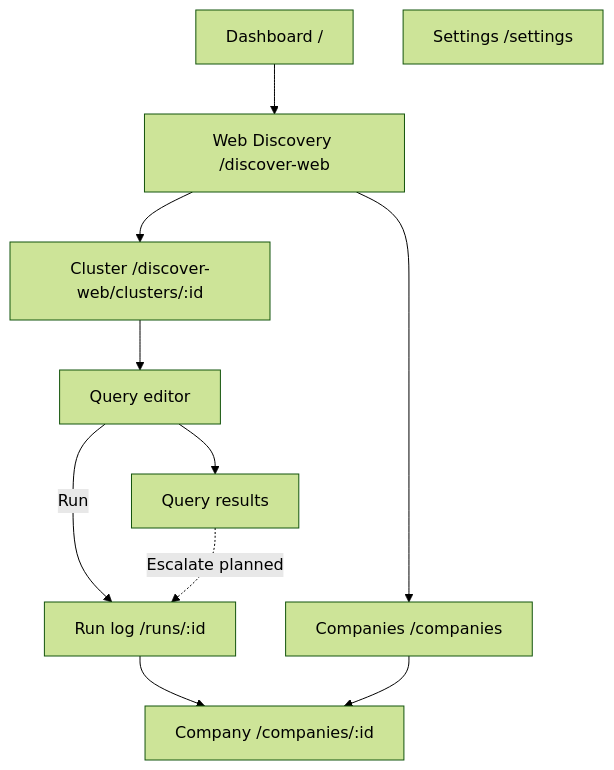
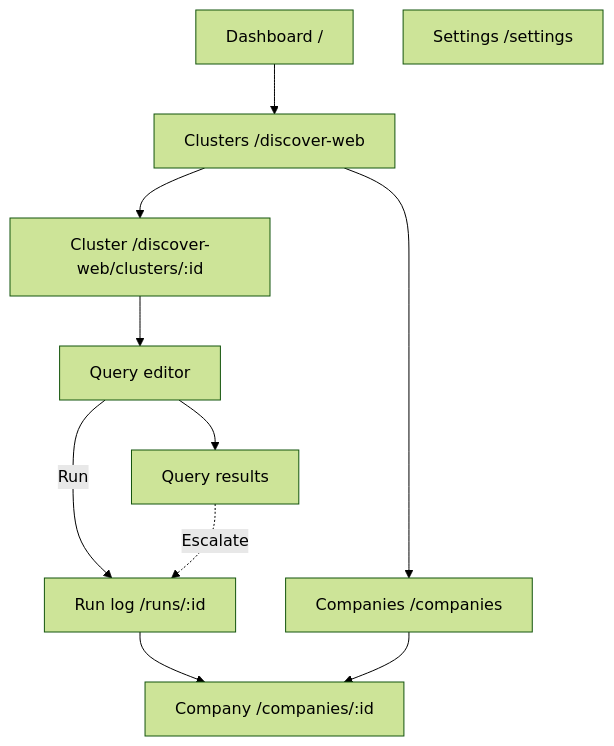
One commit to Growth-Maschine/NORAD-INTEL-ENGINE-V1 changed the diagram in docs/phase-1/P1-05-admin.md. Above: the diagram before and after it, drawn with Mermaid (forest theme). The commit also changed other lines of this file and 9 other files, not shown here.

````diff
--- a/docs/phase-1/P1-05-admin.md
+++ b/docs/phase-1/P1-05-admin.md
@@ -258,22 +248,22 @@
 ```mermaid
 flowchart TB
     DASH[Dashboard /]
-    WD[Web Discovery /discover-web]
+    WD[Clusters /discover-web]
     WDC[Cluster /discover-web/clusters/:id]
     QED[Query editor]
     RES[Query results]
     RUN[Run log /runs/:id]
     CO[Companies /companies]
     COD[Company /companies/:id]
     SET[Settings /settings]
 
     DASH --> WD
     WD --> WDC
     WDC --> QED
     QED --> RES
     QED -->|Run| RUN
-    RES -.->|Escalate planned| RUN
+    RES -.->|Escalate| RUN
     RUN --> COD
     CO --> COD
     WD --> CO
 ```
````
